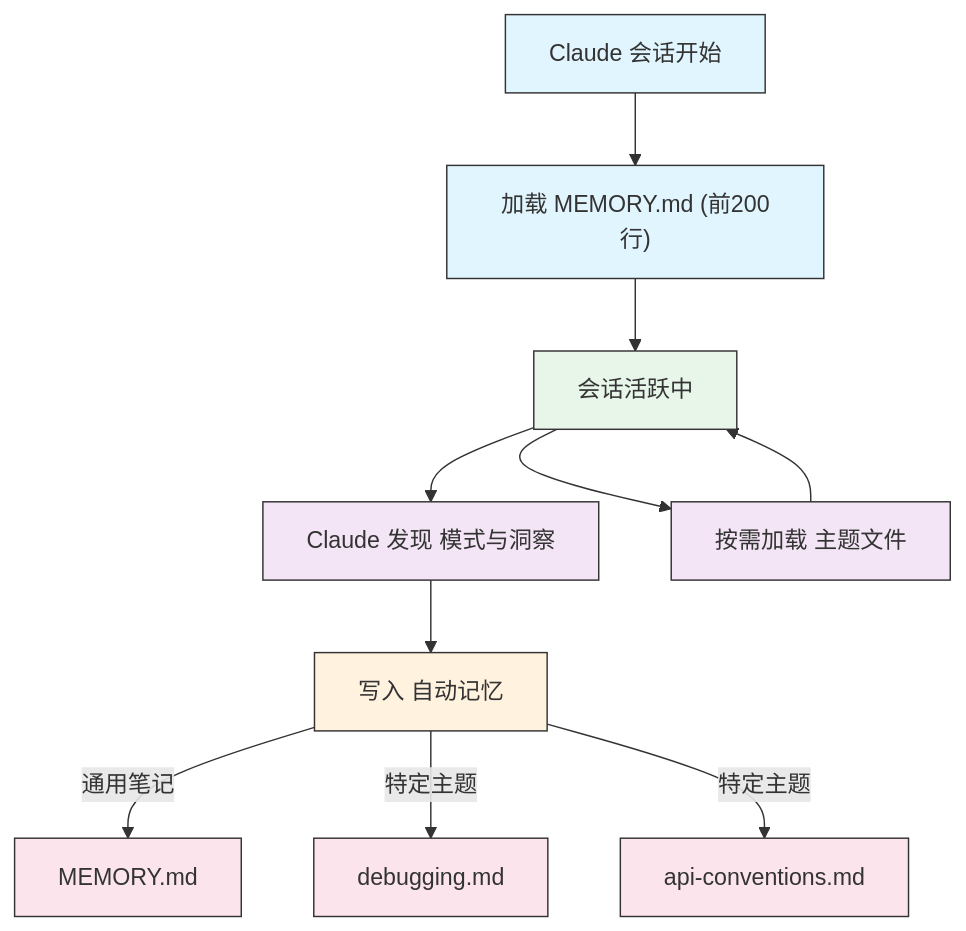
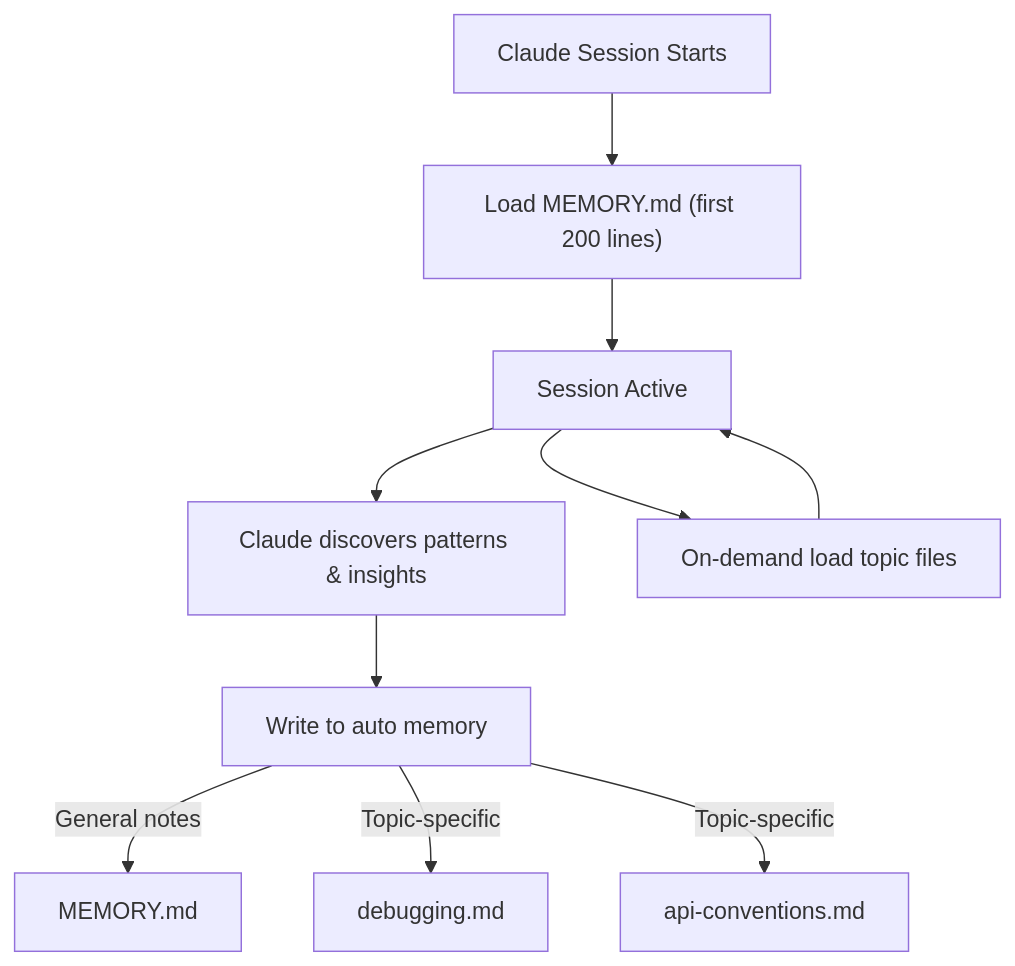
One commit to Rx782-Fss/claude-howto-zh changed the fourth of 5 diagrams in 02-memory/README.md. Above: the diagram before and after it, drawn with Mermaid. The commit also changed other lines of this file and 104 other files, not shown here.

````diff
--- a/02-memory/README.md
+++ b/02-memory/README.md
@@ -372,22 +421,13 @@
 ```mermaid
 graph TD
-    A["Claude 会话开始"] --> B["加载 MEMORY.md (前200行)"]
-    B --> C["会话活跃中"]
-    C --> D["Claude 发现 模式与洞察"]
-    D --> E["写入 自动记忆"]
-    E -->|通用笔记| F["MEMORY.md"]
-    E -->|特定主题| G["debugging.md"]
-    E -->|特定主题| H["api-conventions.md"]
-    C --> I["按需加载 主题文件"]
+    A["Claude Session Starts"] --> B["Load MEMORY.md (first 200 lines)"]
+    B --> C["Session Active"]
+    C --> D["Claude discovers patterns & insights"]
+    D --> E["Write to auto memory"]
+    E -->|General notes| F["MEMORY.md"]
+    E -->|Topic-specific| G["debugging.md"]
+    E -->|Topic-specific| H["api-conventions.md"]
+    C --> I["On-demand load topic files"]
     I --> C
 
-    style A fill:#e1f5fe,stroke:#333,color:#333
-    style B fill:#e1f5fe,stroke:#333,color:#333
-    style C fill:#e8f5e9,stroke:#333,color:#333
-    style D fill:#f3e5f5,stroke:#333,color:#333
-    style E fill:#fff3e0,stroke:#333,color:#333
-    style F fill:#fce4ec,stroke:#333,color:#333
-    style G fill:#fce4ec,stroke:#333,color:#333
-    style H fill:#fce4ec,stroke:#333,color:#333
-    style I fill:#f3e5f5,stroke:#333,color:#333
 ```
````
